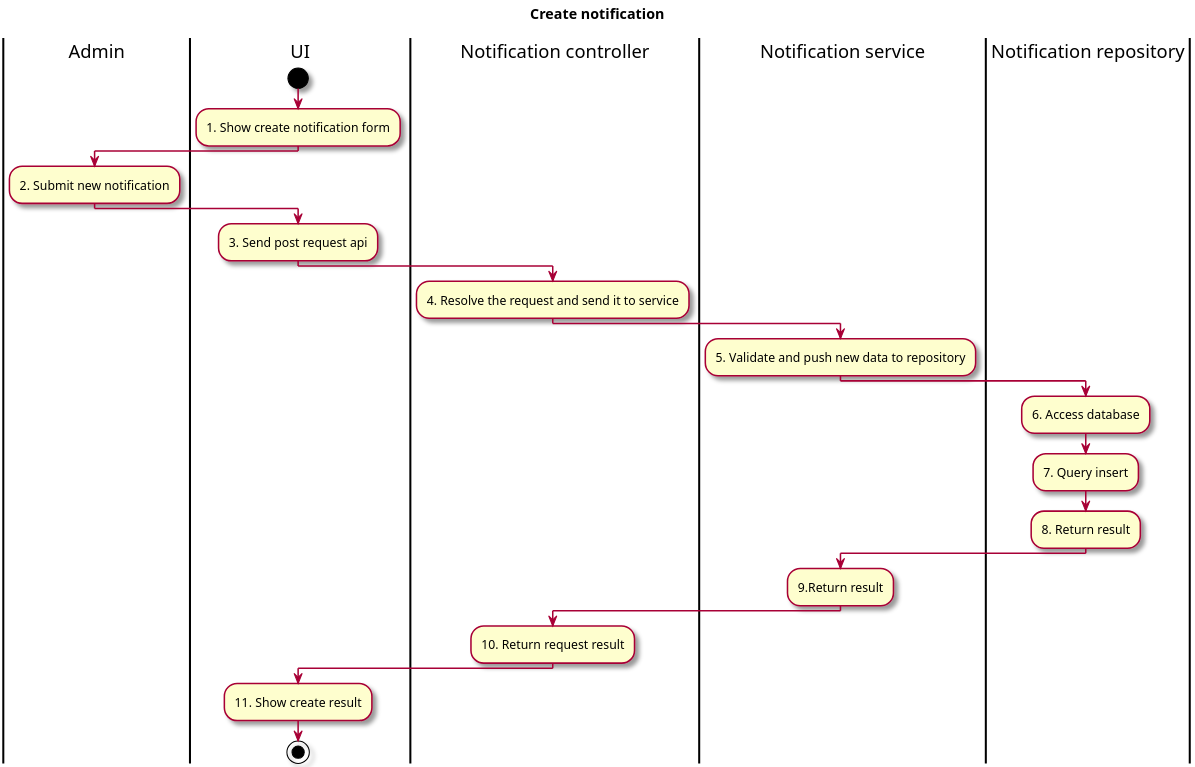
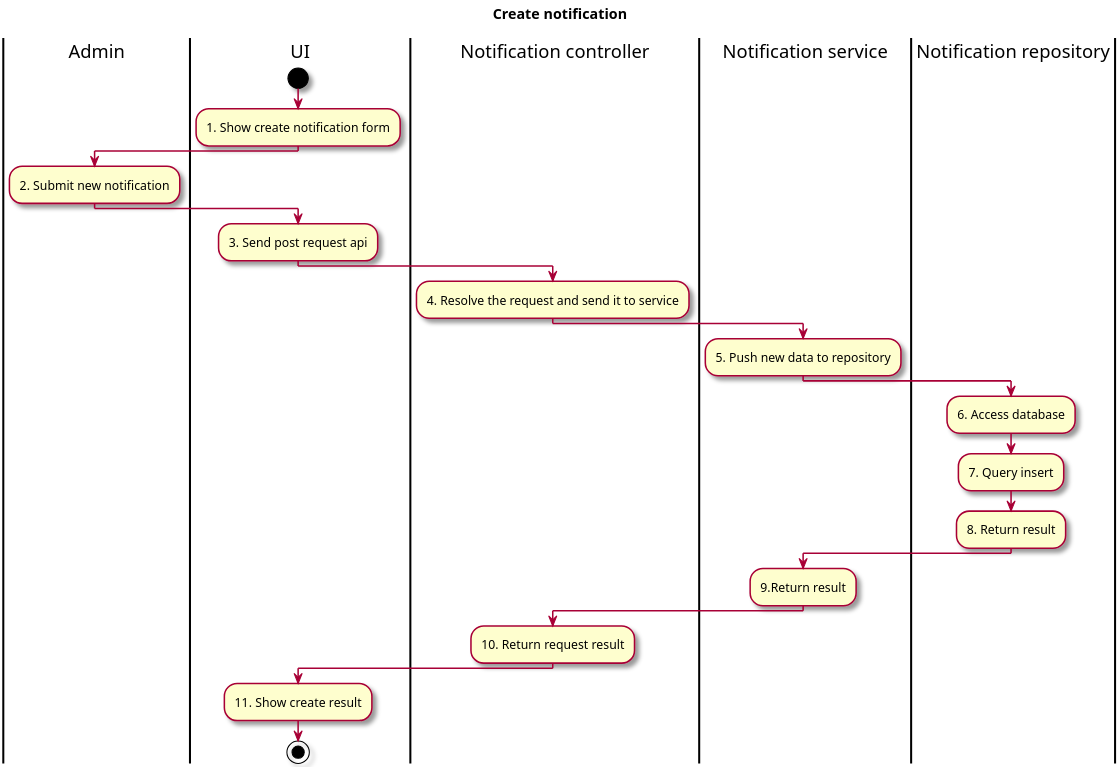
The diagram in Activity/7. Manage Notificaiton/7.1 Create notification.puml (Marowota/ecommerce-plantuml), drawn with PlantUML before and after one commit. The commit also changed 9 other files, not shown here.

```diff
--- a/Activity/7. Manage Notificaiton/7.1 Create notification.puml
+++ b/Activity/7. Manage Notificaiton/7.1 Create notification.puml
@@ -1,34 +1,34 @@
 @startuml 7. Create notification
 skin rose
 !pragma useVerticalIf on
 scale 3
 title "Create notification"
 
 |Admin|
 |UI|
 start
     :1. Show create notification form;
     |Admin|
     :2. Submit new notification;
     |UI|
     :3. Send post request api;
     |Notification controller|
     :4. Resolve the request and send it to service;
     |Notification service|
-    :5. Validate and push new data to repository;
+    :5. Push new data to repository;
     |Notification repository|
     :6. Access database;
     :7. Query insert;
     :8. Return result;
     |Notification service|
     :9.Return result;
     |Notification controller|
     :10. Return request result;
     |UI|
     :11. Show create result;
 stop
 
 
 
 
 @enduml
```
